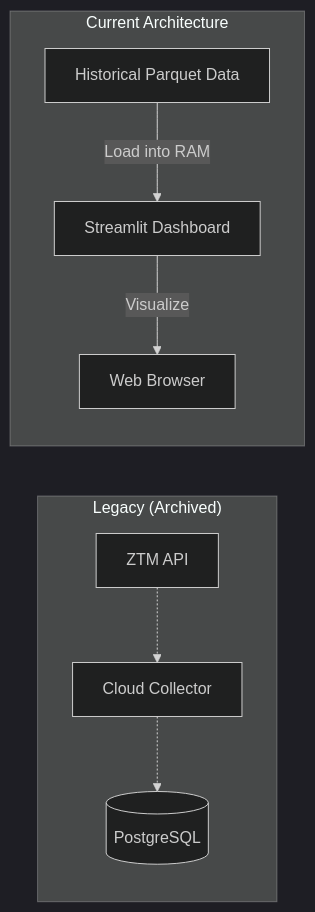
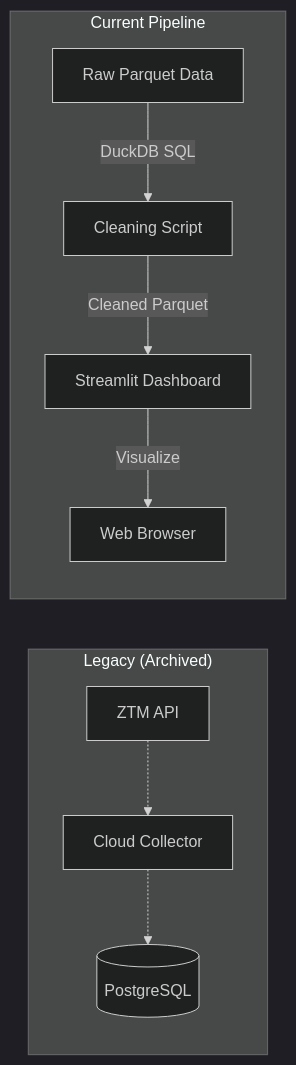
One commit to Kajtek47/gdansk-data-engine changed the diagram in README.md. Above: the diagram before and after it, drawn with Mermaid (dark theme). The commit also changed other lines of this file and 3 other files, not shown here.

Commit message:
added data cleaning logic

````diff
--- a/README.md
+++ b/README.md
@@ -56,16 +82,13 @@
 ```mermaid
 graph LR
     subgraph "Legacy (Archived)"
         API[ZTM API] -.-> ETL[Cloud Collector]
         ETL -.-> DB[(PostgreSQL)]
     end
 
-    subgraph "Current Architecture"
-        Dataset[Historical Parquet Data]
-        App[Streamlit Dashboard]
-        User[Web Browser]
-        
-        Dataset -->|Load into RAM| App
-        App -->|Visualize| User
+    subgraph "Current Pipeline"
+        Raw[Raw Parquet Data] -->|DuckDB SQL| Cleaner[Cleaning Script]
+        Cleaner -->|Cleaned Parquet| App[Streamlit Dashboard]
+        App -->|Visualize| User[Web Browser]
     end
 ```
````
